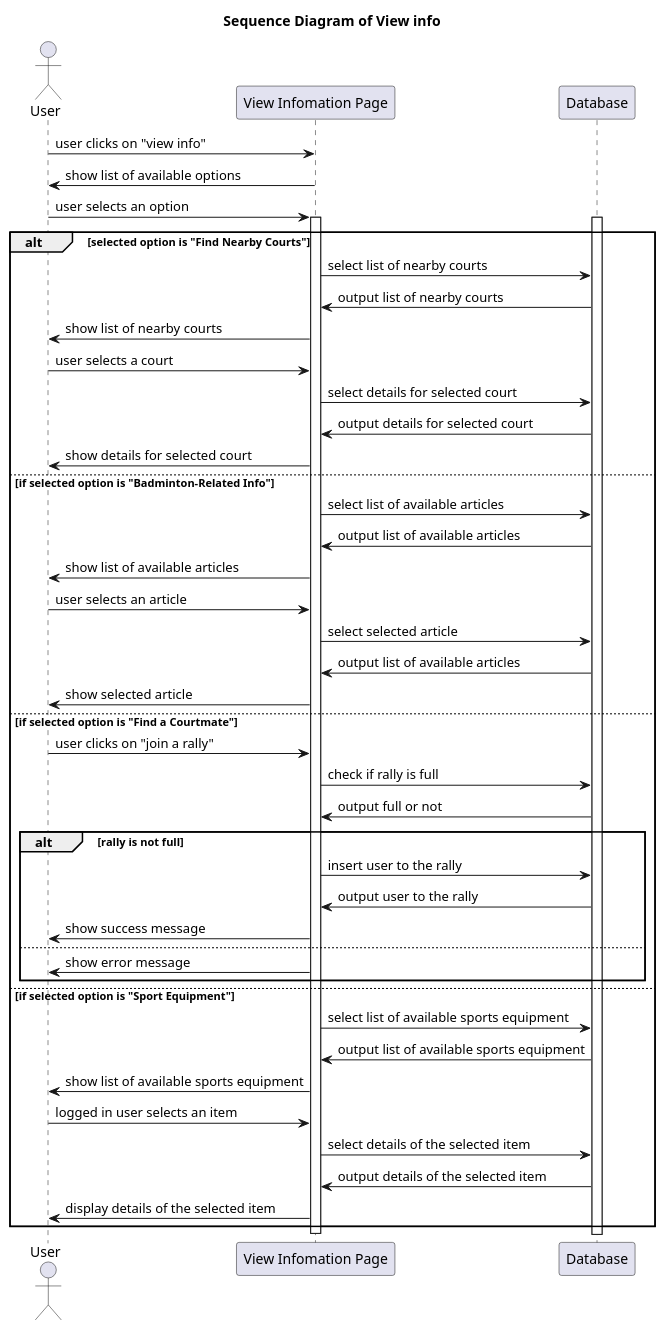
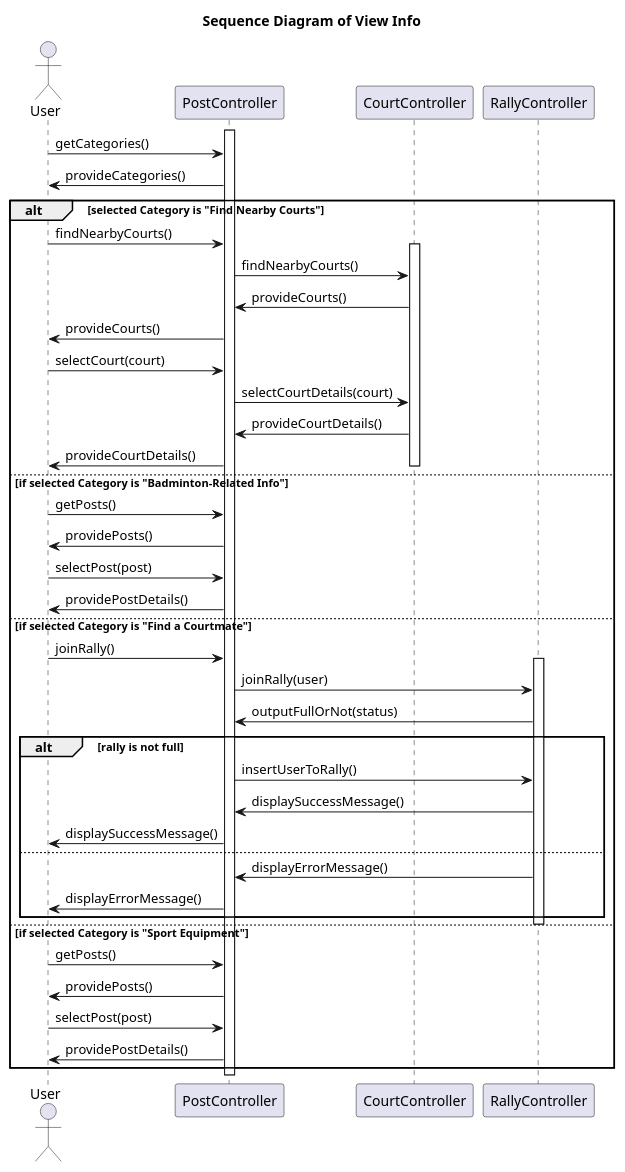
Before and after one commit to Vizards8/Hey_Badminton: the diagram in Sequence Diagram/View info.puml, drawn with PlantUML. The commit also changed 5 other files, not shown here.

```diff
--- a/Sequence Diagram/View info.puml
+++ b/Sequence Diagram/View info.puml
@@ -1,50 +1,65 @@
 @startuml
-title Sequence Diagram of View info
+title Sequence Diagram of View Info
 
-Actor User
-participant "View Infomation Page" as System
-User -> System: user clicks on "view info"
-System -> User: show list of available options
-User -> System: user selects an option
+actor User
 
-activate System
-activate Database
+activate PostController
+User -> PostController : getCategories()
+PostController -> User : provideCategories()
 
-alt selected option is "Find Nearby Courts"
-    System -> Database: select list of nearby courts
-    Database -> System: output list of nearby courts
-    System -> User: show list of nearby courts
-    User -> System: user selects a court
-    System -> Database: select details for selected court
-    Database -> System: output details for selected court
-    System -> User: show details for selected court
-else if selected option is "Badminton-Related Info"
-    System -> Database: select list of available articles
-    Database -> System: output list of available articles
-    System -> User: show list of available articles
-    User -> System: user selects an article
-    System -> Database: select selected article
-    Database -> System: output list of available articles
-    System -> User: show selected article
-else if selected option is "Find a Courtmate"
-    User -> System: user clicks on "join a rally"
-    System -> Database: check if rally is full
-    Database -> System: output full or not
+alt selected Category is "Find Nearby Courts"
+
+    User -> PostController: findNearbyCourts()
+
+    activate CourtController
+    PostController -> CourtController: findNearbyCourts()
+    CourtController -> PostController: provideCourts()
+
+    PostController -> User: provideCourts()
+    User -> PostController: selectCourt(court)
+
+    PostController -> CourtController: selectCourtDetails(court)
+    CourtController -> PostController: provideCourtDetails()
+
+    PostController -> User: provideCourtDetails()
+    deactivate CourtController
+
+else if selected Category is "Badminton-Related Info"
+
+    User -> PostController: getPosts()
+    PostController -> User: providePosts()
+
+    User -> PostController: selectPost(post)
+    PostController -> User: providePostDetails()
+
+else if selected Category is "Find a Courtmate"
+
+    User -> PostController: joinRally()
+
+    activate RallyController
+    PostController -> RallyController: joinRally(user)
+    RallyController -> PostController: outputFullOrNot(status)
+
     alt rally is not full
-        System -> Database: insert user to the rally
-        Database -> System: output user to the rally
-        System -> User: show success message
+        PostController -> RallyController: insertUserToRally()
+        RallyController -> PostController: displaySuccessMessage()
+        PostController -> User: displaySuccessMessage()
     else
-        System -> User: show error message
+        RallyController -> PostController: displayErrorMessage()
+        PostController -> User: displayErrorMessage()
     end
-else if selected option is "Sport Equipment"
-    System -> Database: select list of available sports equipment
-    Database -> System: output list of available sports equipment
-    System -> User: show list of available sports equipment
-    User -> System: logged in user selects an item
-    System -> Database: select details of the selected item
-    Database -> System: output details of the selected item
-    System -> User: display details of the selected item
+
+    deactivate RallyController
+
+else if selected Category is "Sport Equipment"
+
+    User -> PostController: getPosts()
+    PostController -> User: providePosts()
+
+    User -> PostController: selectPost(post)
+    PostController -> User: providePostDetails()
 end
-deactivate System
+
+deactivate PostController
+
 @enduml
```
